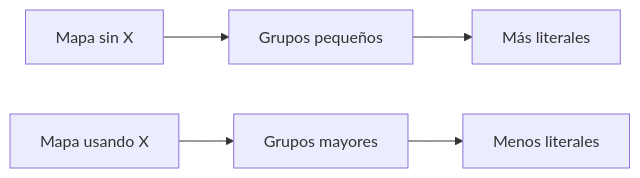
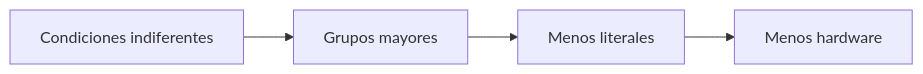
One commit to roblezsdier02-alt/cuaderno-sintesis-unidad1 changed the third of 5 diagrams in semana-3/README.md. Above: the diagram before and after it, drawn with Mermaid. The commit also changed other lines of this file, not shown here.

````diff
--- a/semana-3/README.md
+++ b/semana-3/README.md
@@ -522,8 +785,7 @@
 ```mermaid
 flowchart LR
-    A["Mapa sin X"] --> B["Grupos pequeños"]
-    B --> C["Más literales"]
 
-    D["Mapa usando X"] --> E["Grupos mayores"]
-    E --> F["Menos literales"]
+    A["Condiciones indiferentes"] --> B["Grupos mayores"]
+    B --> C["Menos literales"]
+    C --> D["Menos hardware"]
 ```
````
